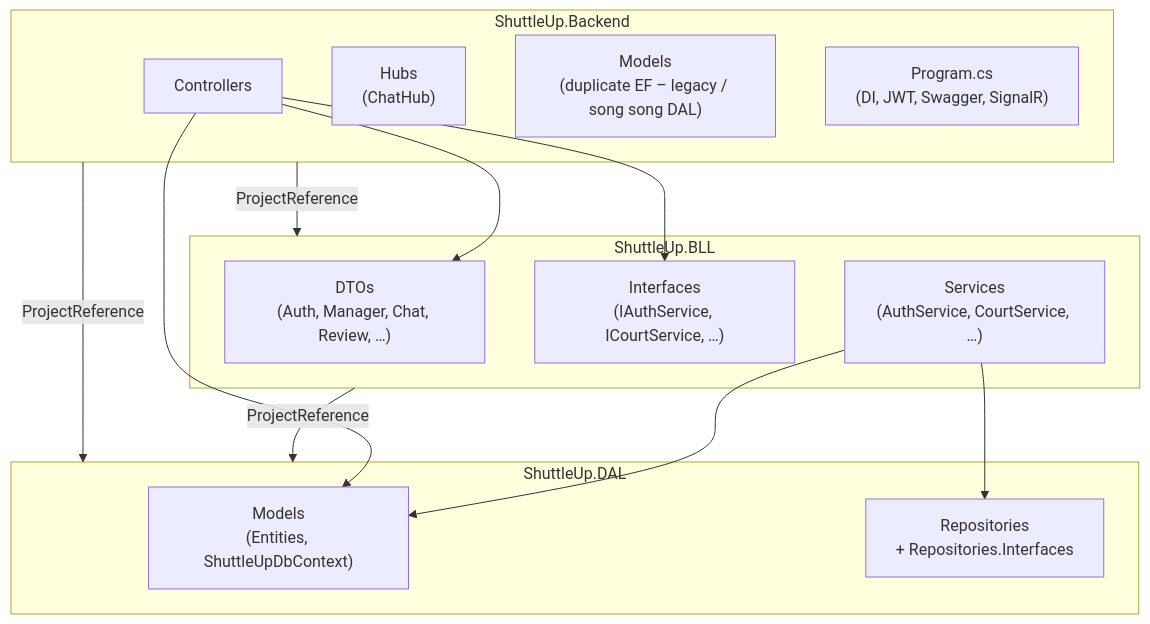
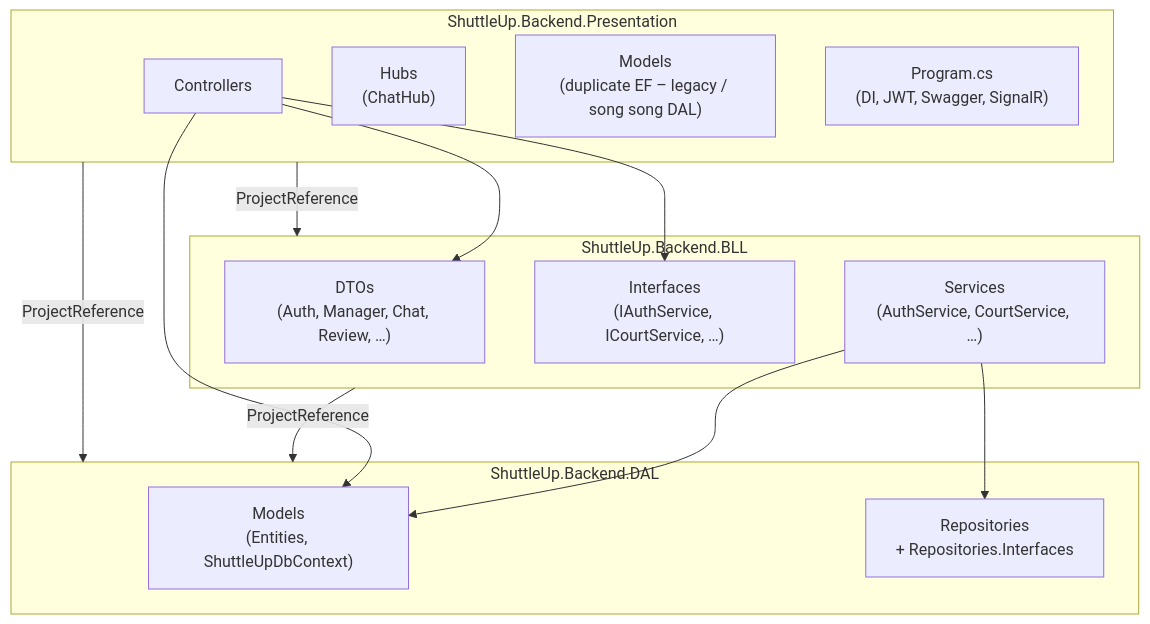
Before and after one commit to sonddt/SEP490: the diagram in docs/backend-package-diagram.mmd, drawn with Mermaid. The commit also changed 12 other files, not shown here.

```diff
--- a/docs/backend-package-diagram.mmd
+++ b/docs/backend-package-diagram.mmd
@@ -1,31 +1,31 @@
 %% ShuttleUp – Backend package diagram (Mermaid)
 %% Dán vào https://mermaid.live hoặc dùng extension Mermaid trong VS Code
 
 flowchart TB
-  subgraph DAL["ShuttleUp.DAL"]
+  subgraph DAL["ShuttleUp.Backend.DAL"]
     DAL_Models["Models\n(Entities, ShuttleUpDbContext)"]
     DAL_Repo["Repositories\n+ Repositories.Interfaces"]
   end
 
-  subgraph BLL["ShuttleUp.BLL"]
+  subgraph BLL["ShuttleUp.Backend.BLL"]
     BLL_DTO["DTOs\n(Auth, Manager, Chat, Review, …)"]
     BLL_Int["Interfaces\n(IAuthService, ICourtService, …)"]
     BLL_Svc["Services\n(AuthService, CourtService, …)"]
   end
 
-  subgraph BE["ShuttleUp.Backend"]
+  subgraph BE["ShuttleUp.Backend.Presentation"]
     BE_Ctrl["Controllers"]
     BE_Hub["Hubs\n(ChatHub)"]
     BE_Models["Models\n(duplicate EF – legacy / song song DAL)"]
     BE_Prog["Program.cs\n(DI, JWT, Swagger, SignalR)"]
   end
 
   BLL -->|ProjectReference| DAL
   BE -->|ProjectReference| BLL
   BE -->|ProjectReference| DAL
 
   BLL_Svc --> DAL_Repo
   BLL_Svc --> DAL_Models
   BE_Ctrl --> BLL_Int
   BE_Ctrl --> BLL_DTO
   BE_Ctrl --> DAL_Models
```
